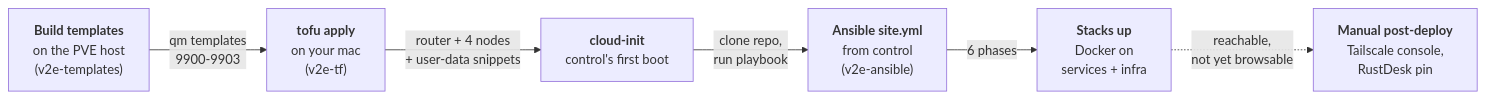
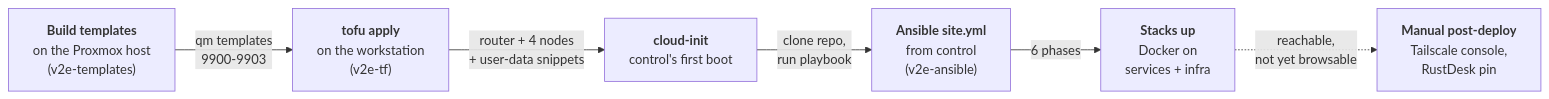
One commit to v2e-sh/v2e-docs changed the first of 3 diagrams in docs/system/lifecycle.md. Above: the diagram before and after it, drawn with Mermaid. The commit also changed other lines of this file and 11 other files, not shown here.

````diff
--- a/docs/system/lifecycle.md
+++ b/docs/system/lifecycle.md
@@ -14,14 +11,14 @@
 ```mermaid
 flowchart LR
-    A["<b>Build templates</b><br/>on the PVE host<br/>(v2e-templates)"]
-    B["<b>tofu apply</b><br/>on your mac<br/>(v2e-tf)"]
+    A["<b>Build templates</b><br/>on the Proxmox host<br/>(v2e-templates)"]
+    B["<b>tofu apply</b><br/>on the workstation<br/>(v2e-tf)"]
     C["<b>cloud-init</b><br/>control's first boot"]
     D["<b>Ansible site.yml</b><br/>from control<br/>(v2e-ansible)"]
     E["<b>Stacks up</b><br/>Docker on<br/>services + infra"]
     F["<b>Manual post-deploy</b><br/>Tailscale console,<br/>RustDesk pin"]
     A -->|"qm templates<br/>9900-9903"| B
     B -->|"router + 4 nodes<br/>+ user-data snippets"| C
     C -->|"clone repo,<br/>run playbook"| D
     D -->|"6 phases"| E
     E -.->|"reachable,<br/>not yet browsable"| F
 ```
````
